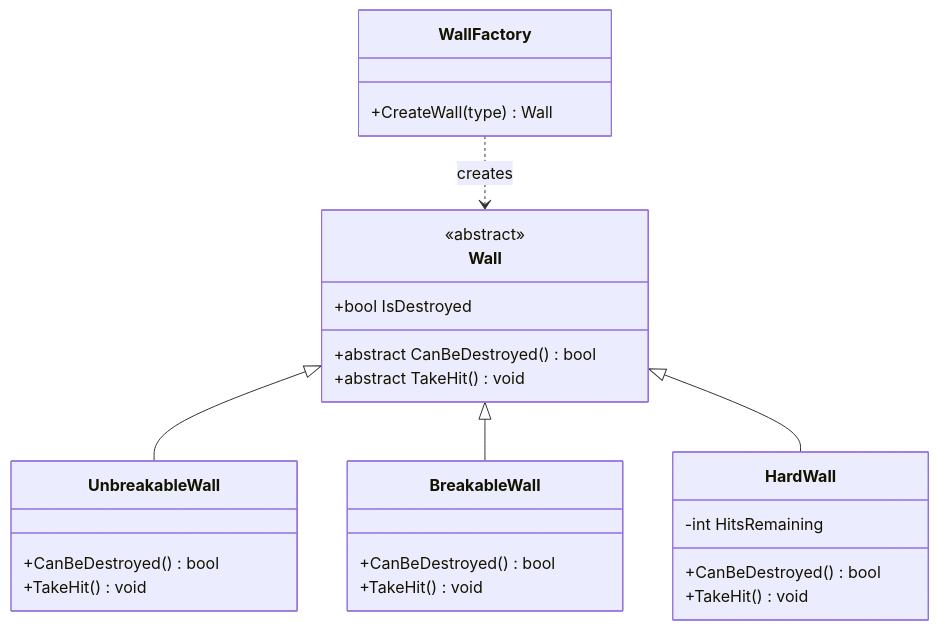
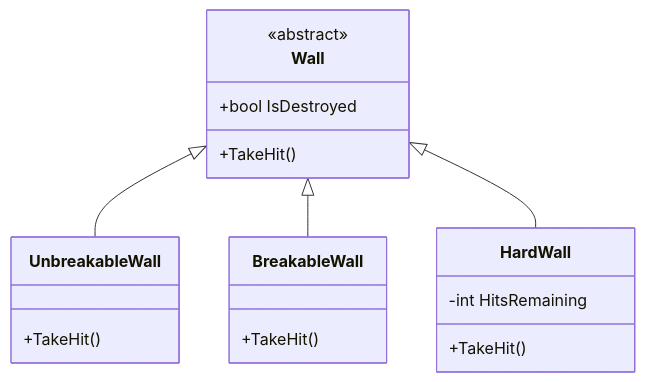
The sixth of 11 diagrams in DESIGN_DOCUMENT.md (sudedincer/BombermanWithDesignPatterns), drawn with Mermaid before and after one commit. The commit also changed other lines of this file and 1 other file, not shown here.

````diff
--- a/DESIGN_DOCUMENT.md
+++ b/DESIGN_DOCUMENT.md
@@ -758,34 +619,25 @@
 ```mermaid
 classDiagram
     class Wall {
         <<abstract>>
         +bool IsDestroyed
-        +abstract CanBeDestroyed() bool
-        +abstract TakeHit() void
+        +TakeHit()
     }
     
     class UnbreakableWall {
-        +CanBeDestroyed() bool
-        +TakeHit() void
+        +TakeHit()
     }
     
     class BreakableWall {
-        +CanBeDestroyed() bool
-        +TakeHit() void
+        +TakeHit()
     }
     
     class HardWall {
         -int HitsRemaining
-        +CanBeDestroyed() bool
-        +TakeHit() void
-    }
-    
-    class WallFactory {
-        +CreateWall(type) Wall
+        +TakeHit()
     }
     
     Wall <|-- UnbreakableWall
     Wall <|-- BreakableWall
     Wall <|-- HardWall
-    WallFactory ..> Wall : creates
 ```
````
